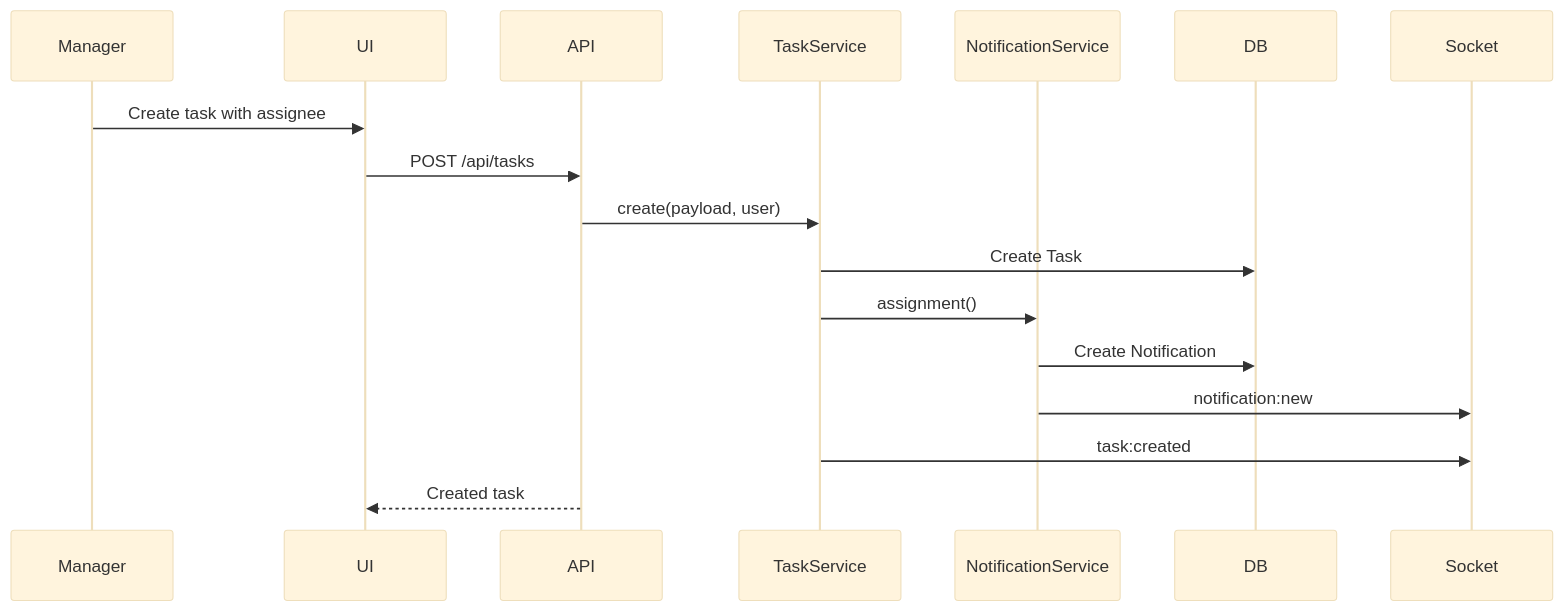
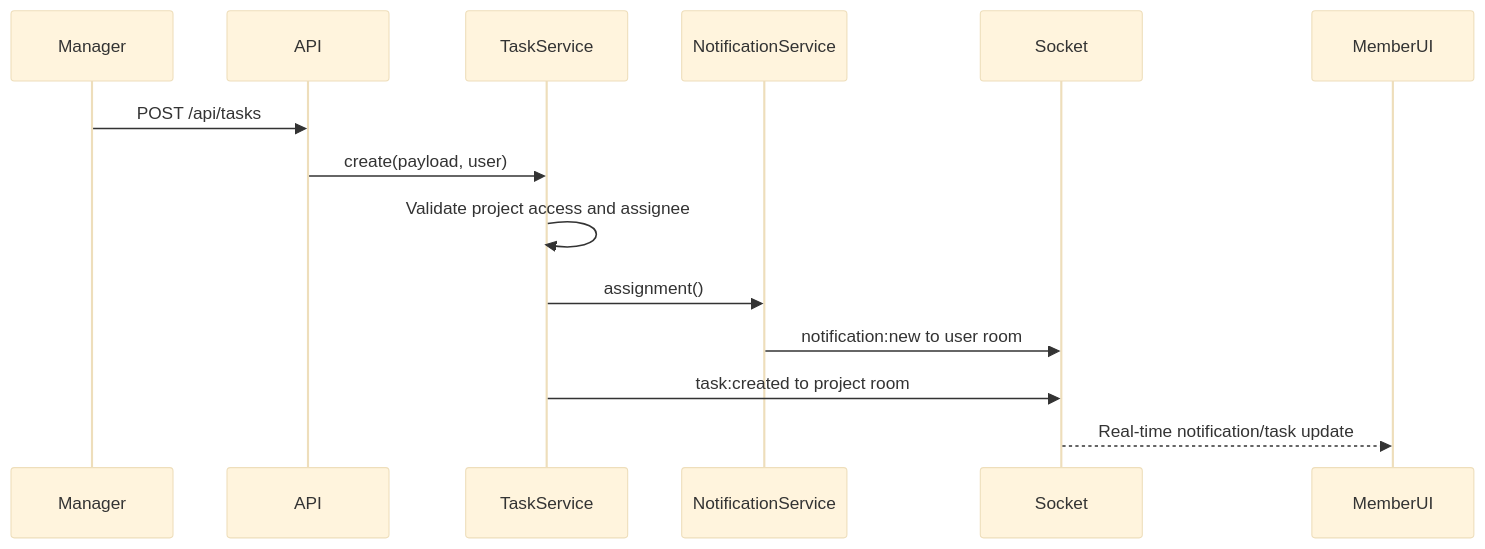
One commit to ashwanibaghel/WorkOS changed the third of 5 diagrams in docs/LLD.md. Above: the diagram before and after it, drawn with Mermaid (base theme). The commit also changed other lines of this file and 3 other files, not shown here.

````diff
--- a/docs/LLD.md
+++ b/docs/LLD.md
@@ -328,20 +440,17 @@
 ```mermaid
 sequenceDiagram
   participant Manager
-  participant UI
   participant API
   participant TaskService
   participant NotificationService
-  participant DB
   participant Socket
+  participant MemberUI
 
-  Manager->>UI: Create task with assignee
-  UI->>API: POST /api/tasks
+  Manager->>API: POST /api/tasks
   API->>TaskService: create(payload, user)
-  TaskService->>DB: Create Task
+  TaskService->>TaskService: Validate project access and assignee
   TaskService->>NotificationService: assignment()
-  NotificationService->>DB: Create Notification
-  NotificationService->>Socket: notification:new
-  TaskService->>Socket: task:created
-  API-->>UI: Created task
+  NotificationService->>Socket: notification:new to user room
+  TaskService->>Socket: task:created to project room
+  Socket-->>MemberUI: Real-time notification/task update
 ```
````
